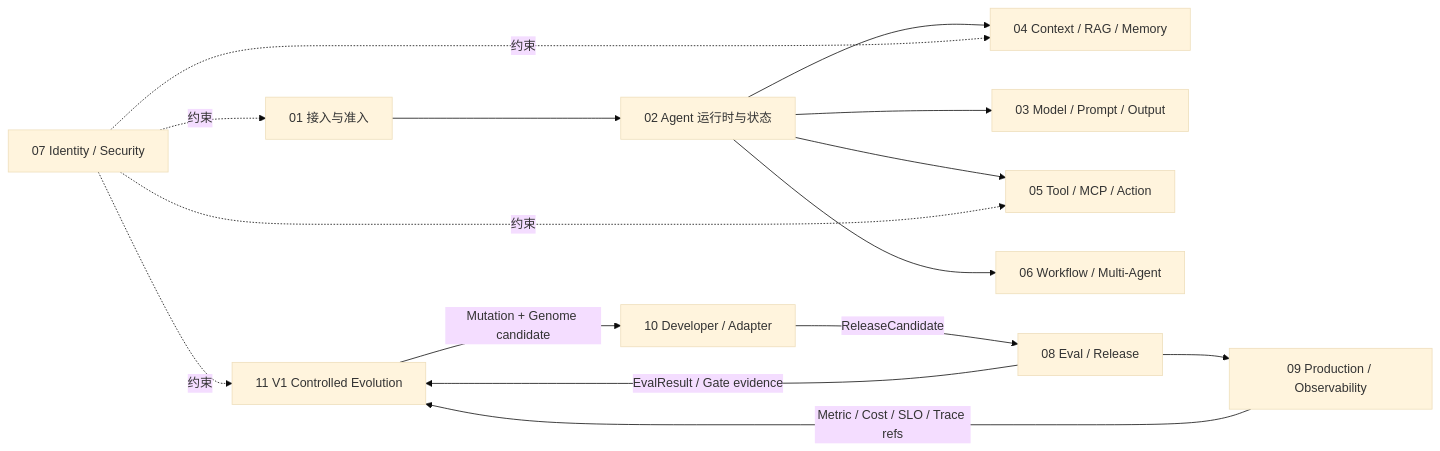
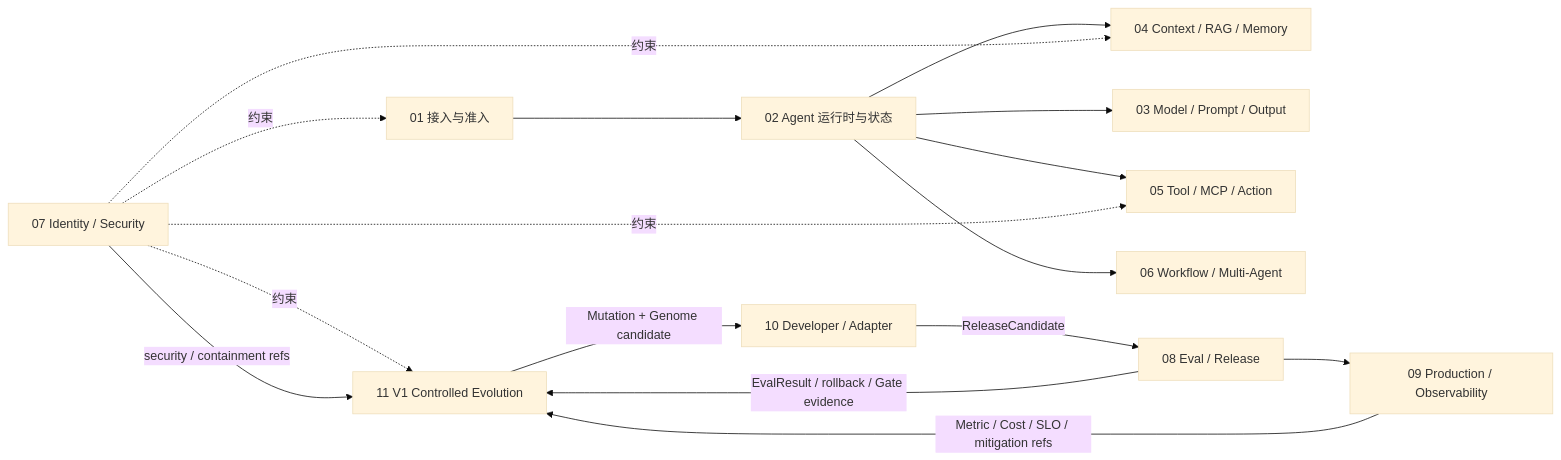
The diagram in docs/00-总览/04-功能模块全景.md (chun001-stac/Agent-UEAF), drawn with Mermaid (base theme) before and after one commit. The commit also changed other lines of this file, not shown here.

Commit message:
docs: align module overview with V1 trigger gate response model

````diff
--- a/docs/00-总览/04-功能模块全景.md
+++ b/docs/00-总览/04-功能模块全景.md
@@ -8,17 +8,18 @@
 ```mermaid
 flowchart LR
     M01["01 接入与准入"] --> M02["02 Agent 运行时与状态"]
     M02 --> M04["04 Context / RAG / Memory"]
     M02 --> M03["03 Model / Prompt / Output"]
     M02 --> M05["05 Tool / MCP / Action"]
     M02 --> M06["06 Workflow / Multi-Agent"]
     M07["07 Identity / Security"] -.约束.-> M01
     M07 -.约束.-> M04
     M07 -.约束.-> M05
     M07 -.约束.-> M11["11 V1 Controlled Evolution"]
     M08["08 Eval / Release"] --> M09["09 Production / Observability"]
-    M09 -->|"Metric / Cost / SLO / Trace refs"| M11
-    M08 -->|"EvalResult / Gate evidence"| M11
+    M07 -->|"security / containment refs"| M11
+    M09 -->|"Metric / Cost / SLO / mitigation refs"| M11
+    M08 -->|"EvalResult / rollback / Gate evidence"| M11
     M11 -->|"Mutation + Genome candidate"| M10["10 Developer / Adapter"]
     M10 -->|"ReleaseCandidate"| M08
 ```
````
